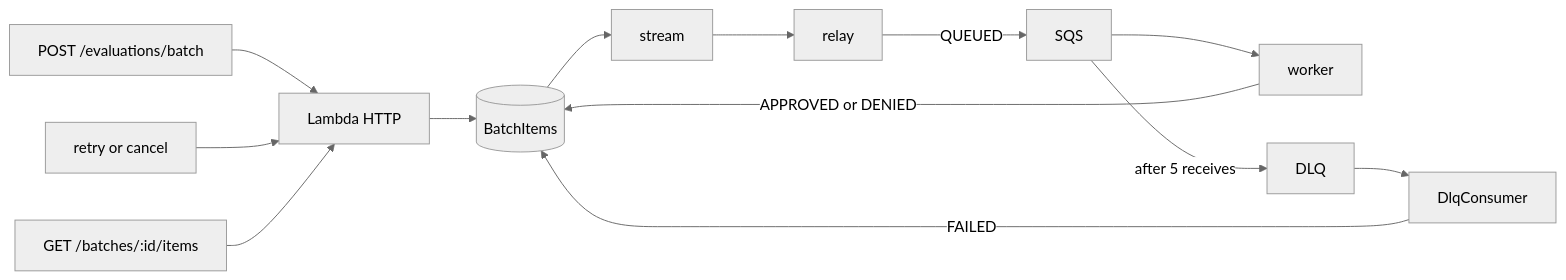
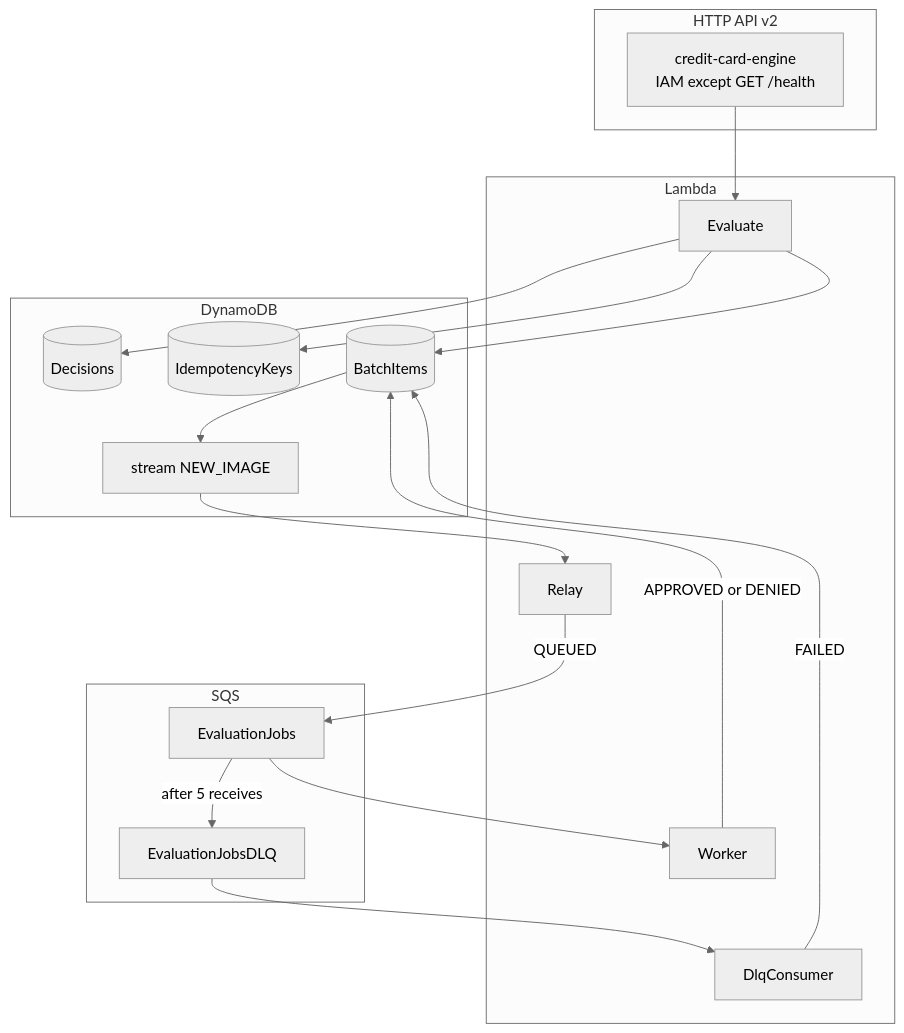
The first of 4 diagrams in docs/architecture.md (vitoladev/credit-card-engine), drawn with Mermaid (neutral theme) before and after one commit. The commit also changed other lines of this file and 2 other files, not shown here.

First line of the commit message:
docs: lead with the stack diagram and print a coverage total

````diff
--- a/docs/architecture.md
+++ b/docs/architecture.md
@@ -98,11 +15,38 @@
 ```mermaid
-flowchart LR
-  post["POST /evaluations/batch"] --> http["Lambda HTTP"] --> items[(BatchItems)]
-  recover["retry or cancel"] --> http
-  list["GET /batches/:id/items"] --> http
-  items --> stream[stream] --> relay[relay]
-  relay -->|"QUEUED"| q[SQS] --> worker[worker]
+flowchart TB
+  subgraph apigw ["HTTP API v2"]
+    api["credit-card-engine<br/>IAM except GET /health"]
+  end
+
+  subgraph compute [Lambda]
+    evaluate[Evaluate]
+    relay[Relay]
+    worker[Worker]
+    dlqConsumer[DlqConsumer]
+  end
+
+  subgraph dynamodb [DynamoDB]
+    decisions[(Decisions)]
+    keys[(IdempotencyKeys)]
+    items[(BatchItems)]
+    stream["stream NEW_IMAGE"]
+  end
+
+  subgraph sqs [SQS]
+    jobs[EvaluationJobs]
+    dlq[EvaluationJobsDLQ]
+  end
+
+  api --> evaluate
+  evaluate --> decisions
+  evaluate --> keys
+  evaluate --> items
+  items --> stream
+  stream --> relay
+  relay -->|"QUEUED"| jobs
+  jobs --> worker
   worker -->|"APPROVED or DENIED"| items
-  q -->|"after 5 receives"| dlq[DLQ] --> fail[DlqConsumer]
-  fail -->|"FAILED"| items
+  jobs -->|"after 5 receives"| dlq
+  dlq --> dlqConsumer
+  dlqConsumer -->|"FAILED"| items
 ```
````
